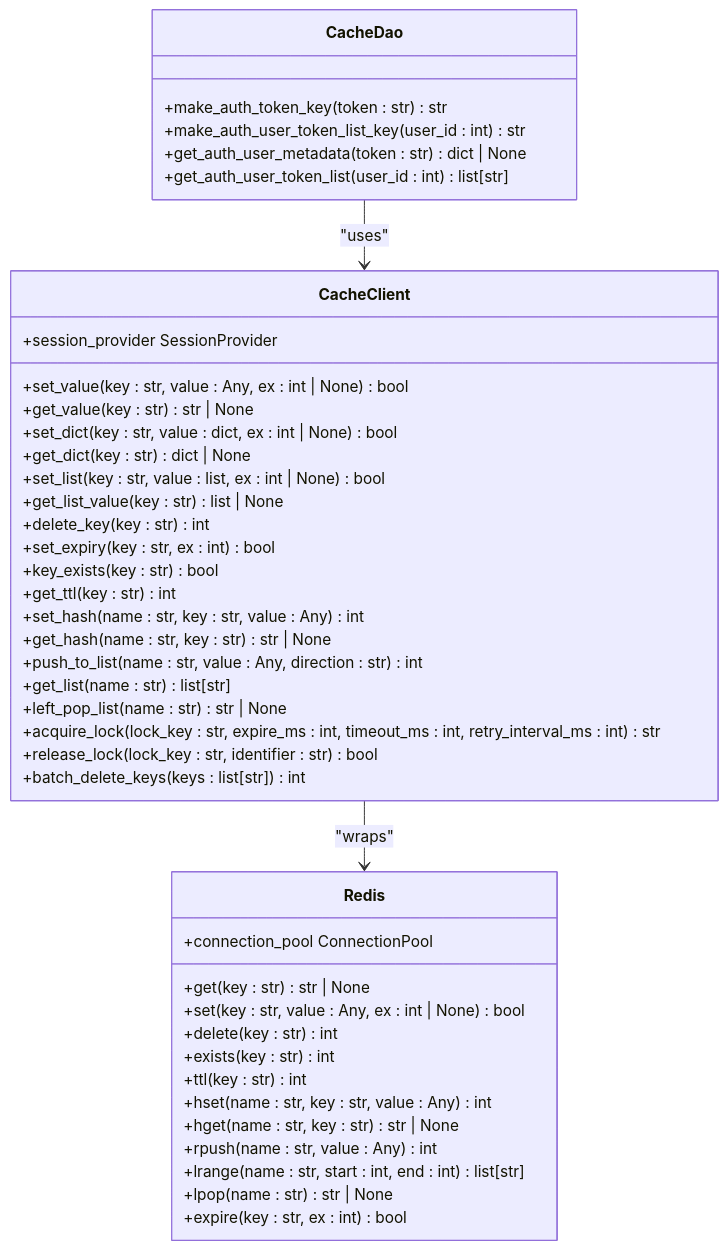
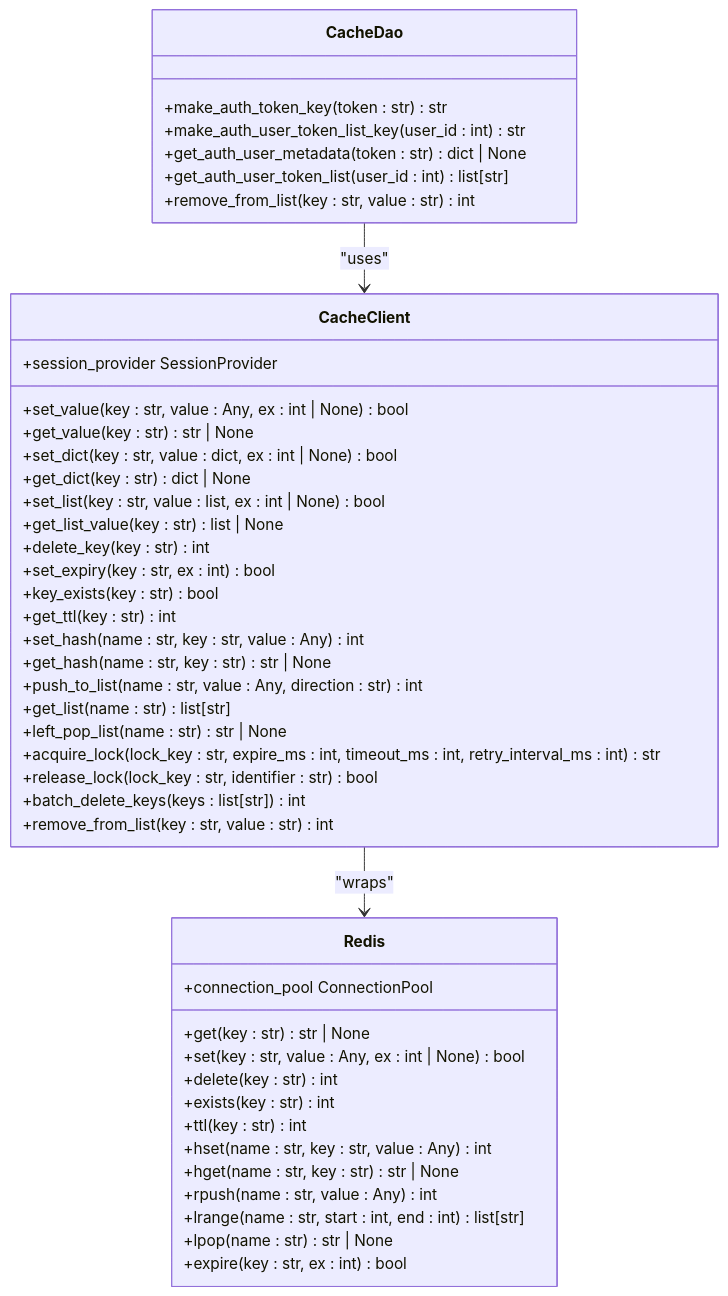
One commit to lilinzezzzzzz/fastapi-backend changed the fourth of 8 diagrams in .qoder/repowiki/zh/content/数据访问层/Redis数据访问对象.md. Above: the diagram before and after it, drawn with Mermaid. The commit also changed other lines of this file and 38 other files, not shown here.

````diff
--- a/.qoder/repowiki/zh/content/数据访问层/Redis数据访问对象.md
+++ b/.qoder/repowiki/zh/content/数据访问层/Redis数据访问对象.md
@@ -172,46 +187,48 @@
 ```mermaid
 classDiagram
 class CacheDao {
 +make_auth_token_key(token : str) str
 +make_auth_user_token_list_key(user_id : int) str
 +get_auth_user_metadata(token : str) dict | None
 +get_auth_user_token_list(user_id : int) list[str]
++remove_from_list(key : str, value : str) int
 }
 class CacheClient {
 +session_provider SessionProvider
 +set_value(key : str, value : Any, ex : int | None) bool
 +get_value(key : str) str | None
 +set_dict(key : str, value : dict, ex : int | None) bool
 +get_dict(key : str) dict | None
 +set_list(key : str, value : list, ex : int | None) bool
 +get_list_value(key : str) list | None
 +delete_key(key : str) int
 +set_expiry(key : str, ex : int) bool
 +key_exists(key : str) bool
 +get_ttl(key : str) int
 +set_hash(name : str, key : str, value : Any) int
 +get_hash(name : str, key : str) str | None
 +push_to_list(name : str, value : Any, direction : str) int
 +get_list(name : str) list[str]
 +left_pop_list(name : str) str | None
 +acquire_lock(lock_key : str, expire_ms : int, timeout_ms : int, retry_interval_ms : int) str
 +release_lock(lock_key : str, identifier : str) bool
 +batch_delete_keys(keys : list[str]) int
++remove_from_list(key : str, value : str) int
 }
 class Redis {
 +connection_pool ConnectionPool
 +get(key : str) str | None
 +set(key : str, value : Any, ex : int | None) bool
 +delete(key : str) int
 +exists(key : str) int
 +ttl(key : str) int
 +hset(name : str, key : str, value : Any) int
 +hget(name : str, key : str) str | None
 +rpush(name : str, value : Any) int
 +lrange(name : str, start : int, end : int) list[str]
 +lpop(name : str) str | None
 +expire(key : str, ex : int) bool
 }
 CacheDao --> CacheClient : "uses"
 CacheClient --> Redis : "wraps"
 ```
````
